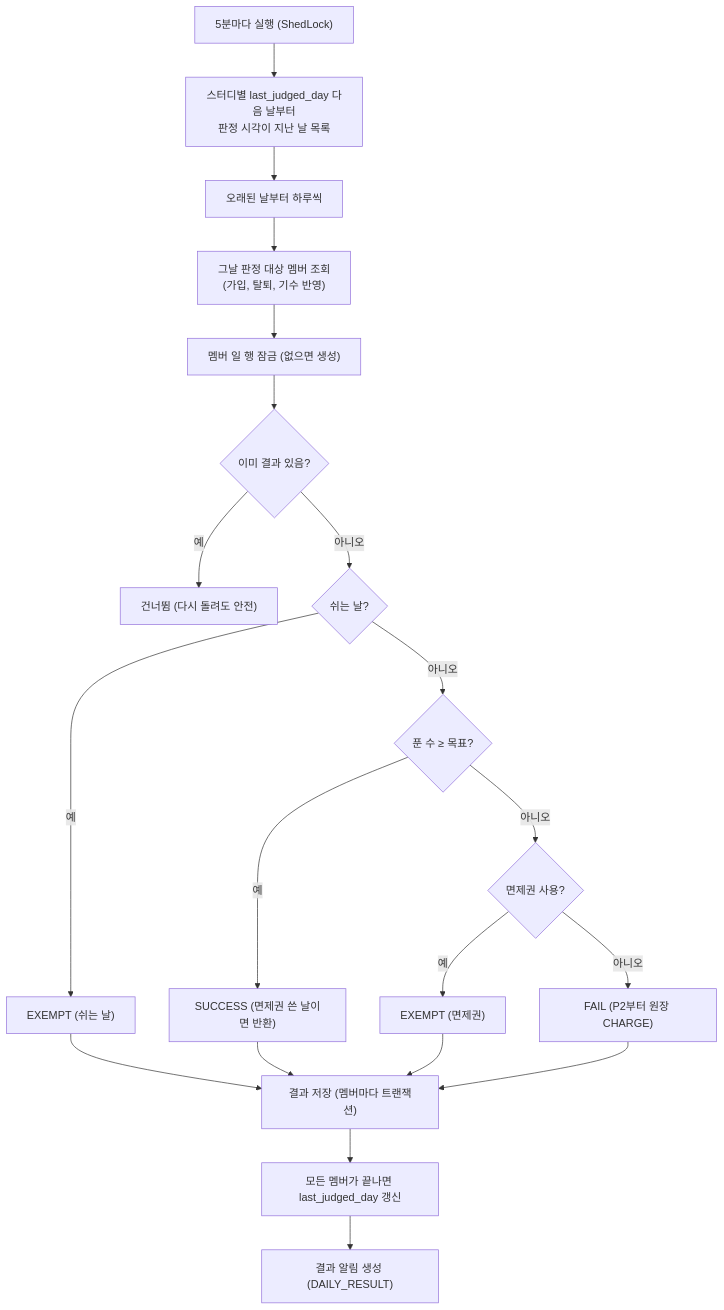
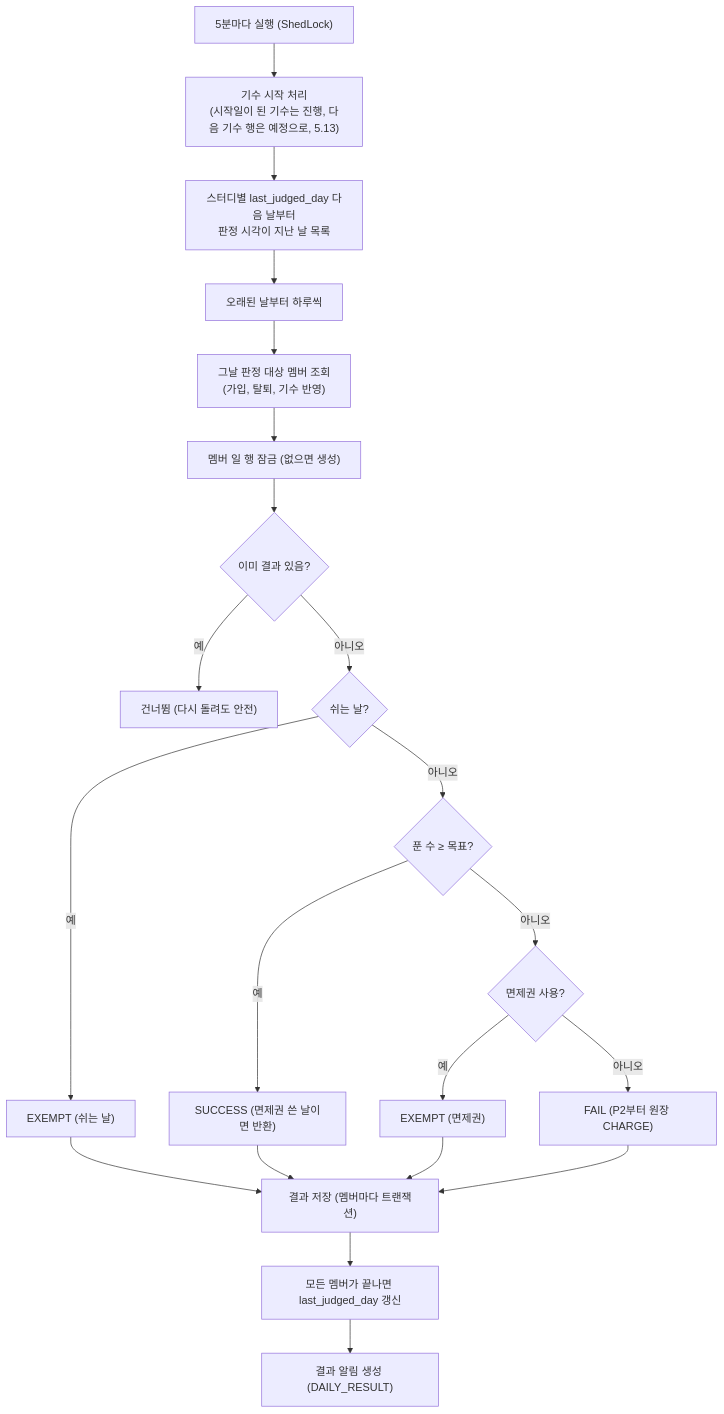
Before and after one commit to Duskafka/codingtest-harness: the diagram in docs/spec/processes/5.10-daily-judgment.md, drawn with Mermaid. The commit also changed other lines of this file and 7 other files, not shown here.

````diff
--- a/docs/spec/processes/5.10-daily-judgment.md
+++ b/docs/spec/processes/5.10-daily-judgment.md
@@ -5,22 +5,23 @@
 ```mermaid
 flowchart TD
-    A["5분마다 실행 (ShedLock)"] --> B["스터디별 last_judged_day 다음 날부터<br/>판정 시각이 지난 날 목록"]
+    A["5분마다 실행 (ShedLock)"] --> S["기수 시작 처리<br/>(시작일이 된 기수는 진행, 다음 기수 행은 예정으로, 5.13)"]
+    S --> B["스터디별 last_judged_day 다음 날부터<br/>판정 시각이 지난 날 목록"]
     B --> C["오래된 날부터 하루씩"]
     C --> D["그날 판정 대상 멤버 조회<br/>(가입, 탈퇴, 기수 반영)"]
     D --> E["멤버 일 행 잠금 (없으면 생성)"]
     E --> F{"이미 결과 있음?"}
     F -->|" 예 "| G["건너뜀 (다시 돌려도 안전)"]
     F -->|" 아니오 "| H{"쉬는 날?"}
     H -->|" 예 "| R1["EXEMPT (쉬는 날)"]
     H -->|" 아니오 "| I{"푼 수 ≥ 목표?"}
     I -->|" 예 "| R2["SUCCESS (면제권 쓴 날이면 반환)"]
     I -->|" 아니오 "| J{"면제권 사용?"}
     J -->|" 예 "| R3["EXEMPT (면제권)"]
     J -->|" 아니오 "| R4["FAIL (P2부터 원장 CHARGE)"]
     R1 --> K["결과 저장 (멤버마다 트랜잭션)"]
     R2 --> K
     R3 --> K
     R4 --> K
     K --> L["모든 멤버가 끝나면 last_judged_day 갱신"]
     L --> M["결과 알림 생성 (DAILY_RESULT)"]
 ```
````
